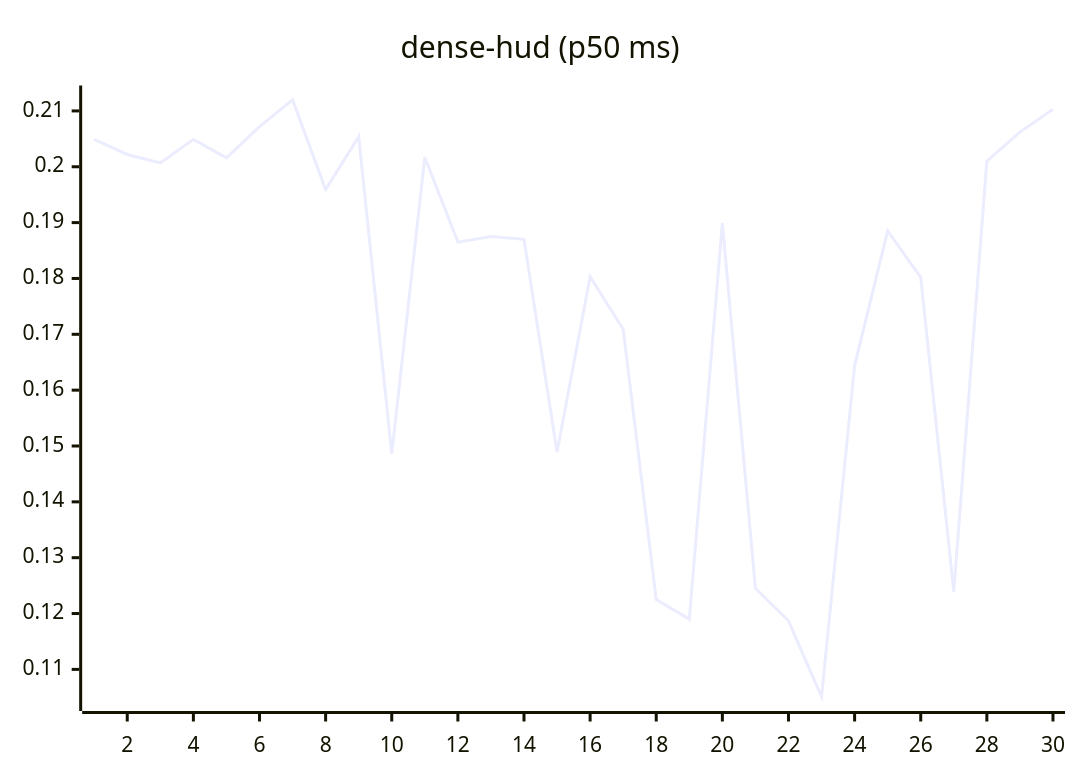
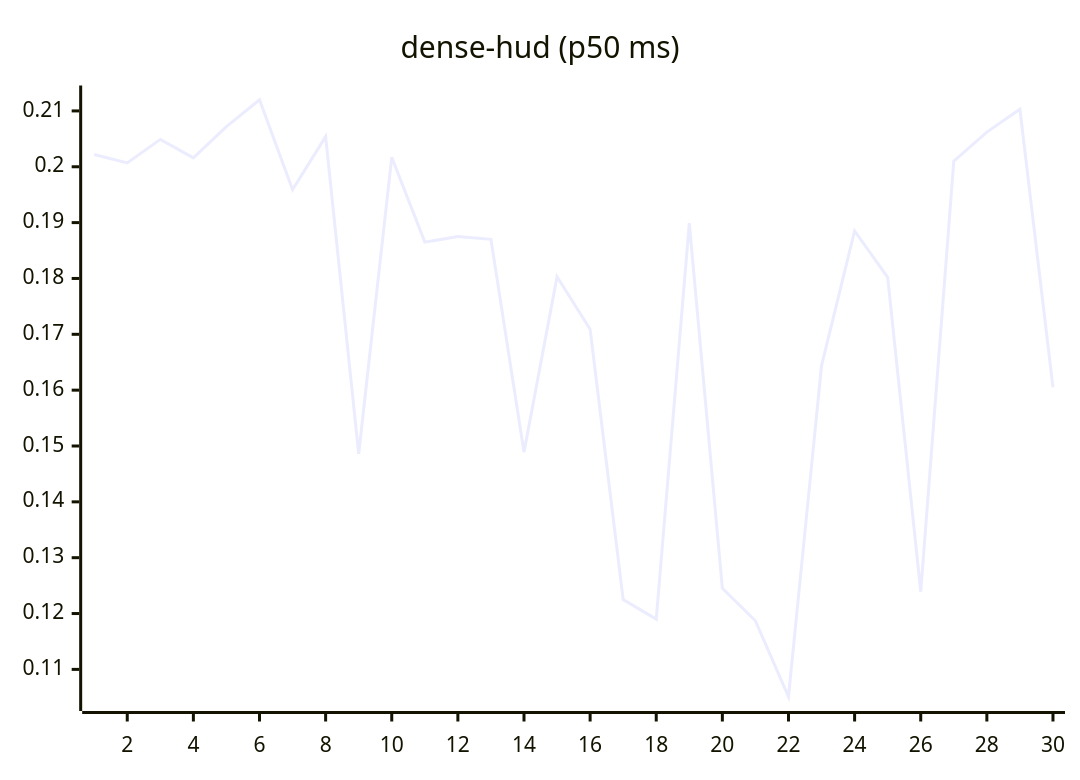
The eighth of 27 diagrams in README.md (josha/Facet), drawn with Mermaid before and after one commit. The commit also changed other lines of this file and 2 other files, not shown here.

````diff
--- a/README.md
+++ b/README.md
@@ -112,6 +112,6 @@
 ```mermaid
 xychart-beta
     title "dense-hud (p50 ms)"
     x-axis 1 --> 30
-    line [0.2049, 0.2022, 0.2007, 0.2049, 0.2016, 0.2072, 0.2120, 0.1959, 0.2054, 0.1486, 0.2017, 0.1865, 0.1875, 0.1870, 0.1489, 0.1803, 0.1709, 0.1225, 0.1190, 0.1899, 0.1245, 0.1187, 0.1051, 0.1644, 0.1885, 0.1802, 0.1239, 0.2010, 0.2062, 0.2103]
+    line [0.2022, 0.2007, 0.2049, 0.2016, 0.2072, 0.2120, 0.1959, 0.2054, 0.1486, 0.2017, 0.1865, 0.1875, 0.1870, 0.1489, 0.1803, 0.1709, 0.1225, 0.1190, 0.1899, 0.1245, 0.1187, 0.1051, 0.1644, 0.1885, 0.1802, 0.1239, 0.2010, 0.2062, 0.2103, 0.1605]
 ```
````
